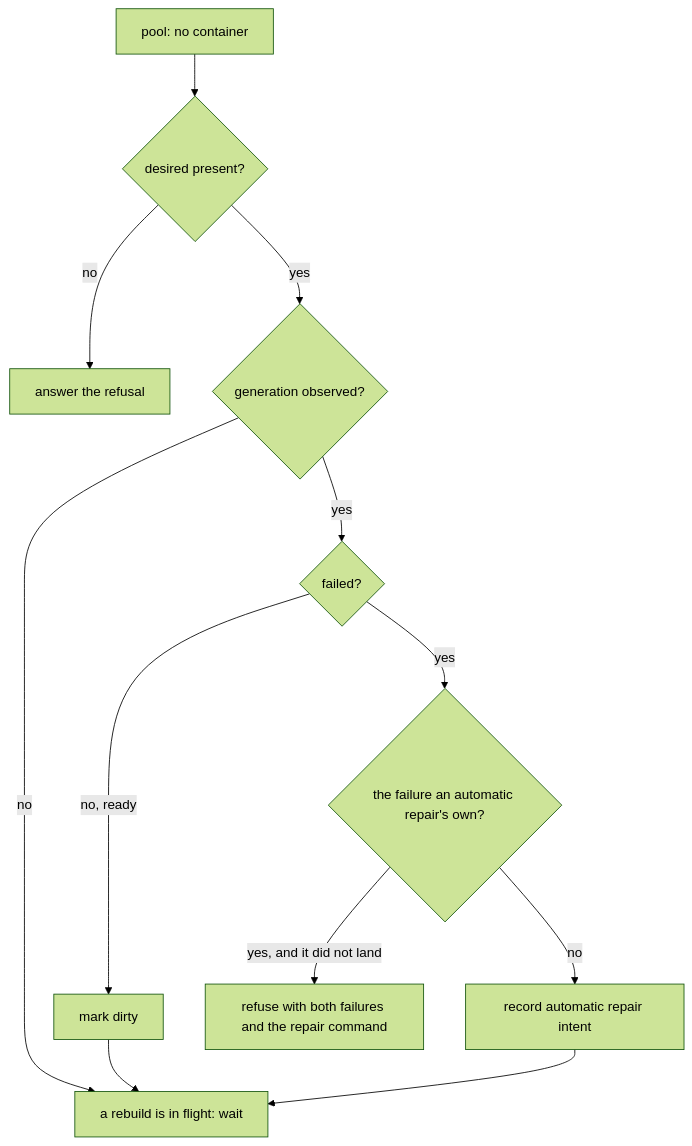
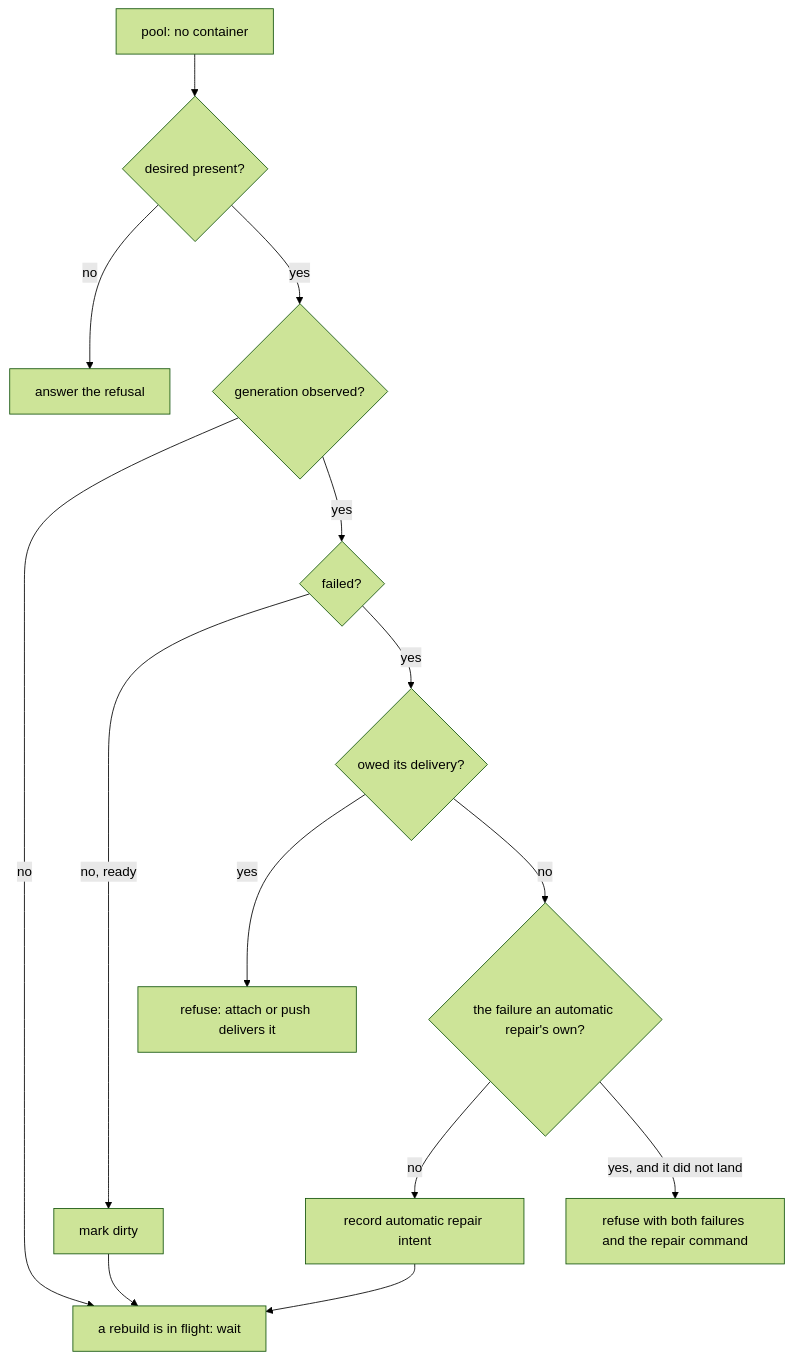
The second of 3 diagrams in server/internal/resources/sandboxes/DESIGN.md (discobox-ai/discobox), drawn with Mermaid (forest theme) before and after one commit. The commit also changed other lines of this file and 12 other files, not shown here.

First line of the commit message:
fix(sandboxes): never start a discobox still owed its source delivery

````diff
--- a/server/internal/resources/sandboxes/DESIGN.md
+++ b/server/internal/resources/sandboxes/DESIGN.md
@@ -315,12 +325,14 @@
 ```mermaid
 flowchart TD
     nc[pool: no container] --> present{desired present?}
     present -- no --> refuse[answer the refusal]
     present -- yes --> conv{generation observed?}
     conv -- no --> wait[a rebuild is in flight: wait]
     conv -- yes --> failed{failed?}
     failed -- "no, ready" --> dirty[mark dirty] --> wait
-    failed -- yes --> auto{the failure an automatic repair's own?}
+    failed -- yes --> owed{owed its delivery?}
+    owed -- yes --> owedRefuse[refuse: attach or push delivers it]
+    owed -- no --> auto{the failure an automatic repair's own?}
     auto -- no --> record[record automatic repair intent] --> wait
     auto -- "yes, and it did not land" --> both[refuse with both failures and the repair command]
 ```
````
